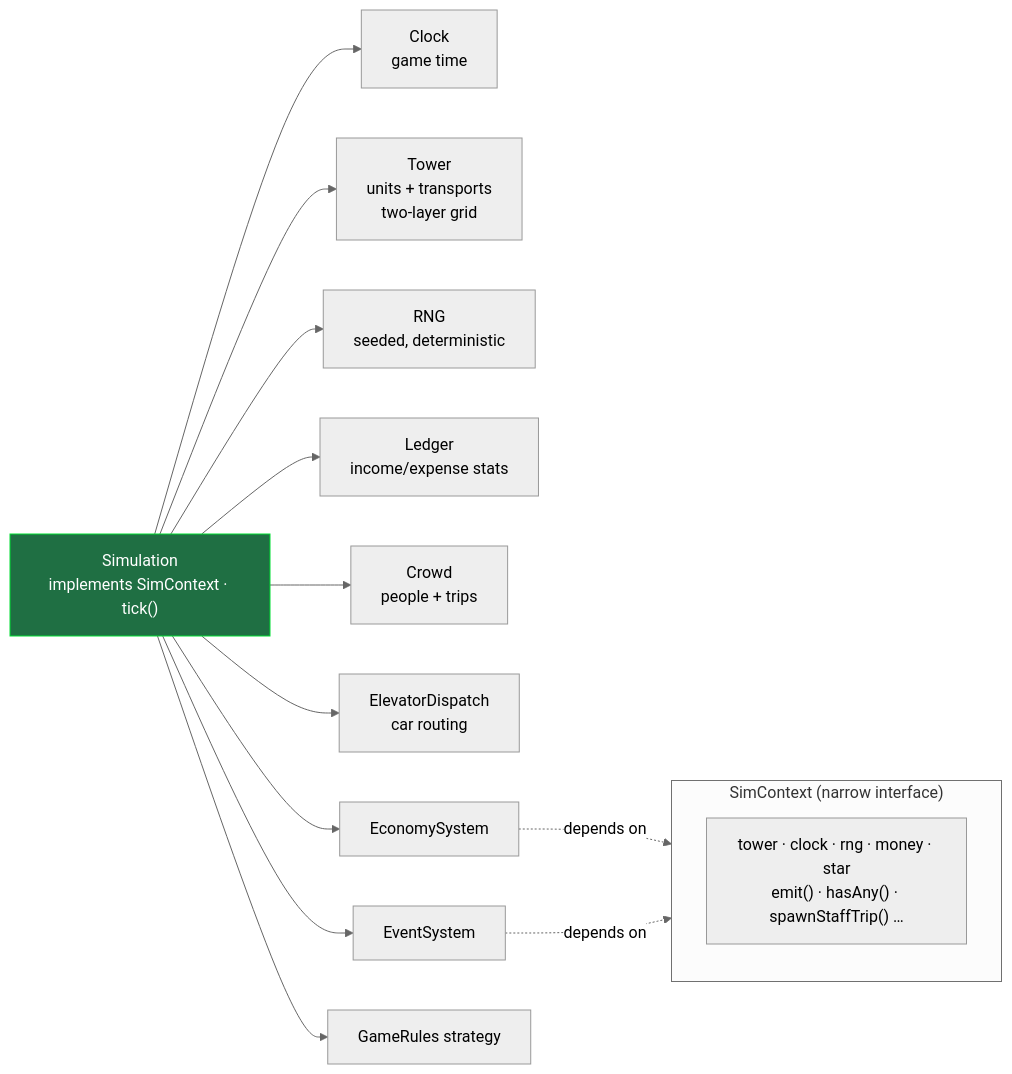
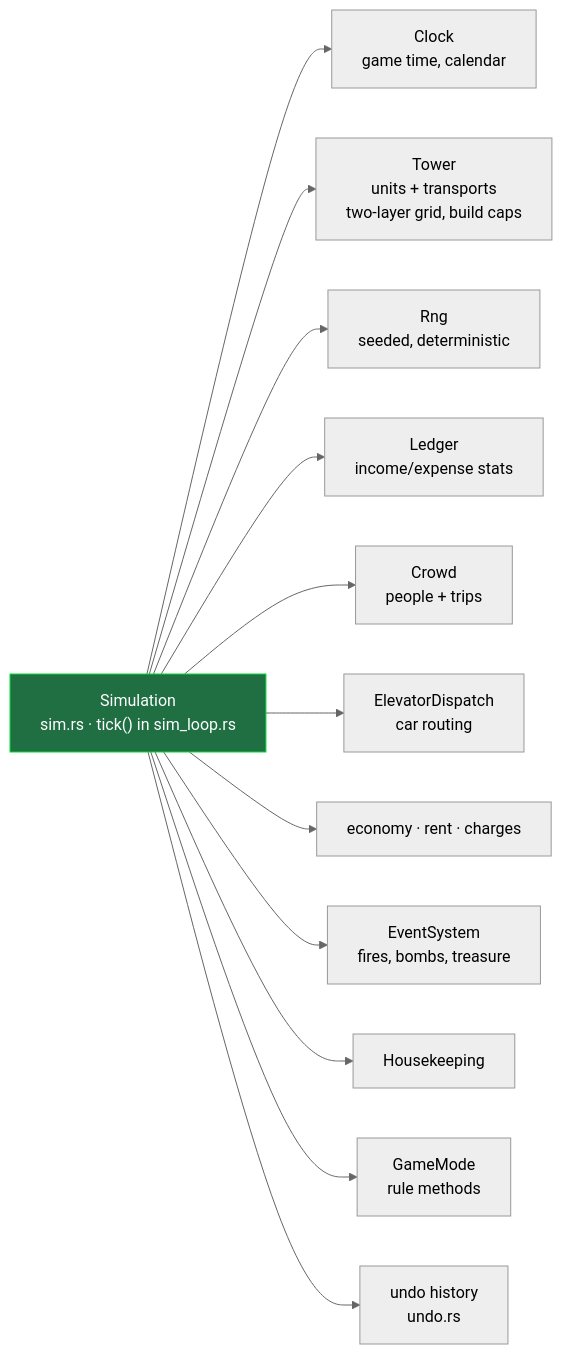
One commit to maniator/verticopolis changed the third of 7 diagrams in ARCHITECTURE.md. Above: the diagram before and after it, drawn with Mermaid (neutral theme). The commit also changed other lines of this file and 3 other files, not shown here.

````diff
--- a/ARCHITECTURE.md
+++ b/ARCHITECTURE.md
@@ -124,25 +177,19 @@
 ```mermaid
 flowchart LR
-    subgraph sc["SimContext (narrow interface)"]
-        direction TB
-        note["tower · clock · rng · money · star<br/>emit() · hasAny() · spawnStaffTrip() …"]
-    end
+    Sim["Simulation<br/>sim.rs · tick() in sim_loop.rs"]
 
-    Sim["Simulation<br/>implements SimContext · tick()"]
-
-    Sim --> Clock["Clock<br/>game time"]
-    Sim --> Tower["Tower<br/>units + transports<br/>two-layer grid"]
-    Sim --> RNG["RNG<br/>seeded, deterministic"]
+    Sim --> Clock["Clock<br/>game time, calendar"]
+    Sim --> Tower["Tower<br/>units + transports<br/>two-layer grid, build caps"]
+    Sim --> RNG["Rng<br/>seeded, deterministic"]
     Sim --> Ledger["Ledger<br/>income/expense stats"]
     Sim --> Crowd["Crowd<br/>people + trips"]
     Sim --> Dispatch["ElevatorDispatch<br/>car routing"]
-    Sim --> Econ["EconomySystem"]
-    Sim --> Events["EventSystem"]
-    Sim --> Rules["GameRules strategy"]
-
-    Econ -.depends on.-> sc
-    Events -.depends on.-> sc
+    Sim --> Econ["economy · rent · charges"]
+    Sim --> Events["EventSystem<br/>fires, bombs, treasure"]
+    Sim --> HK["Housekeeping"]
+    Sim --> Mode["GameMode<br/>rule methods"]
+    Sim --> Undo["undo history<br/>undo.rs"]
 
     classDef core fill:#1f6f43,stroke:#0d3,color:#fff;
     class Sim core
 ```
````
